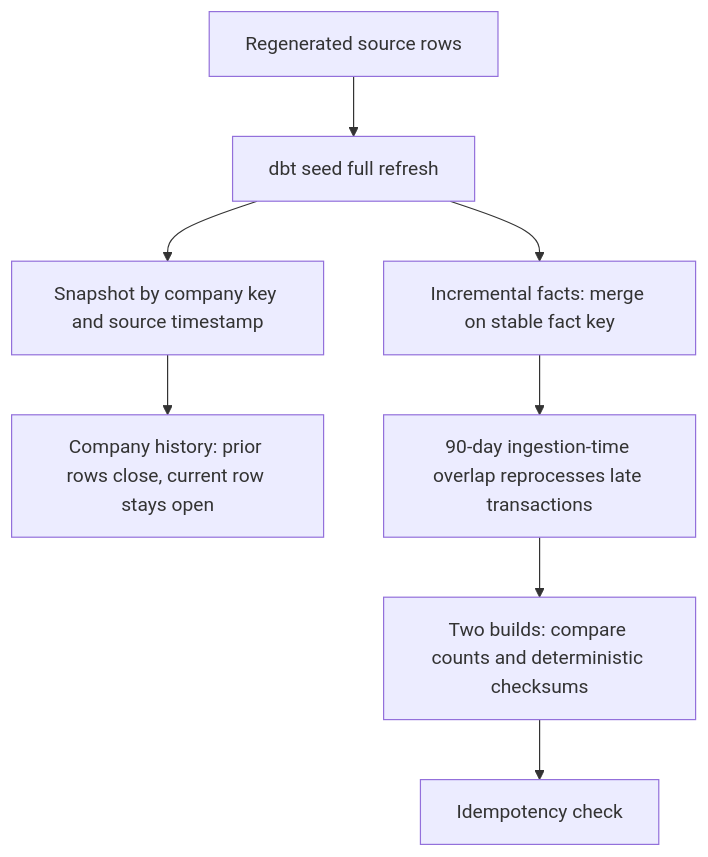
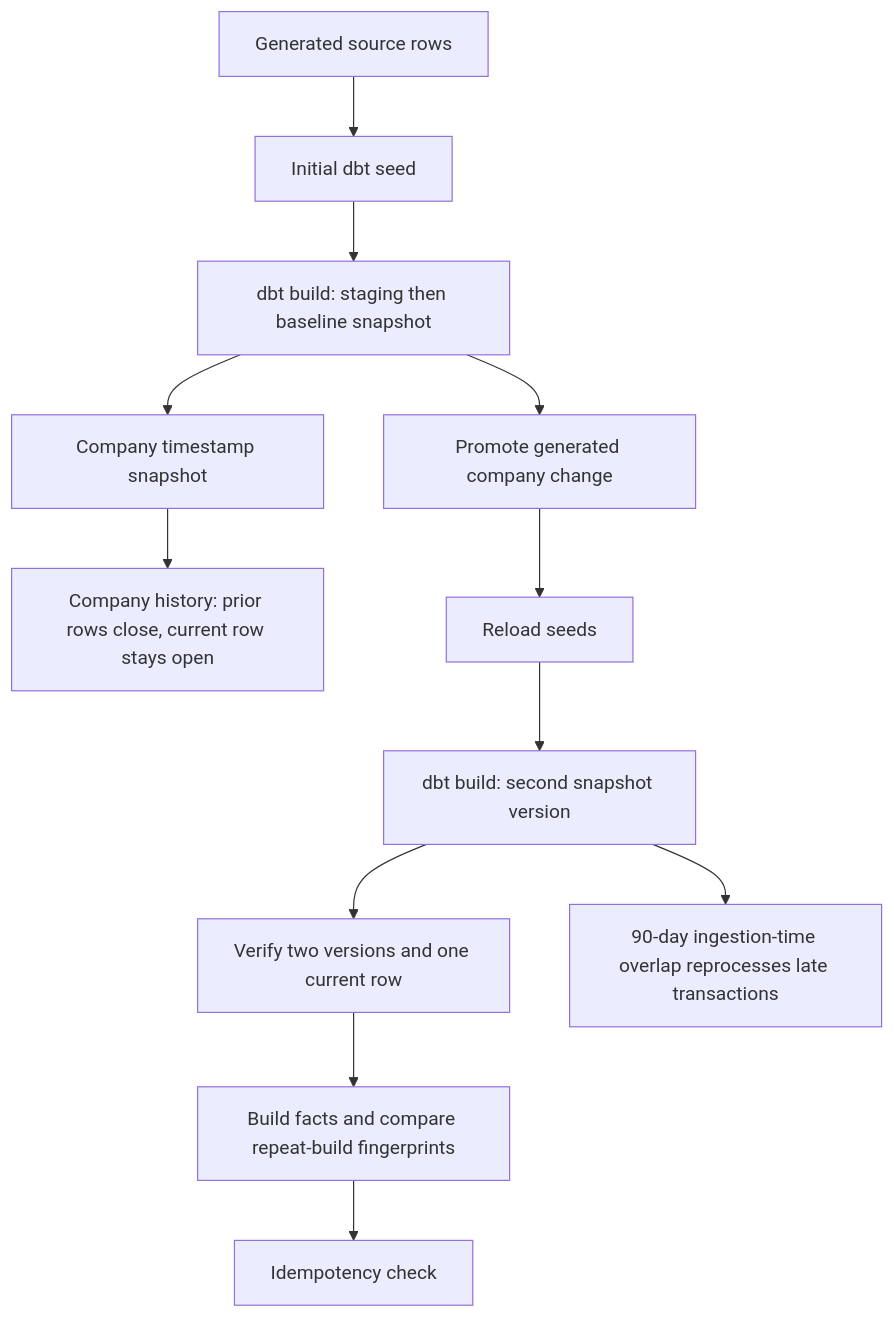
Before and after one commit to kakali-bandyopadhyay/ai-ready-data-warehouse: the diagram in docs/diagrams/incremental_scd2.mmd, drawn with Mermaid. The commit also changed 66 other files, not shown here.

```diff
--- a/docs/diagrams/incremental_scd2.mmd
+++ b/docs/diagrams/incremental_scd2.mmd
@@ -1,8 +1,12 @@
 flowchart TD
-  IN["Regenerated source rows"] --> SEED["dbt seed full refresh"]
-  SEED --> SNAP["Snapshot by company key and source timestamp"]
+  IN["Generated source rows"] --> SEED["Initial dbt seed"]
+  SEED --> BUILD1["dbt build: staging then baseline snapshot"]
+  BUILD1 --> SNAP["Company timestamp snapshot"]
   SNAP --> HIST["Company history: prior rows close, current row stays open"]
-  SEED --> FACT["Incremental facts: merge on stable fact key"]
-  FACT --> LATE["90-day ingestion-time overlap reprocesses late transactions"]
-  LATE --> CK["Two builds: compare counts and deterministic checksums"]
-  CK --> PASS["Idempotency check"]
+  BUILD1 --> CHANGE["Promote generated company change"]
+  CHANGE --> SEED2["Reload seeds"]
+  SEED2 --> BUILD2["dbt build: second snapshot version"]
+  BUILD2 --> VERIFY["Verify two versions and one current row"]
+  VERIFY --> FACT["Build facts and compare repeat-build fingerprints"]
+  BUILD2 --> LATE["90-day ingestion-time overlap reprocesses late transactions"]
+  FACT --> PASS["Idempotency check"]
```
